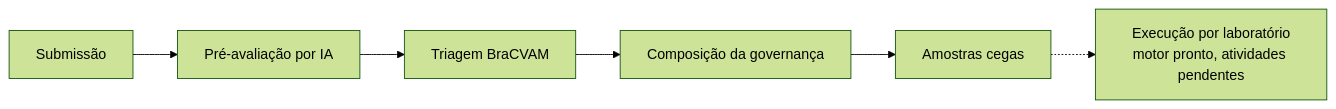
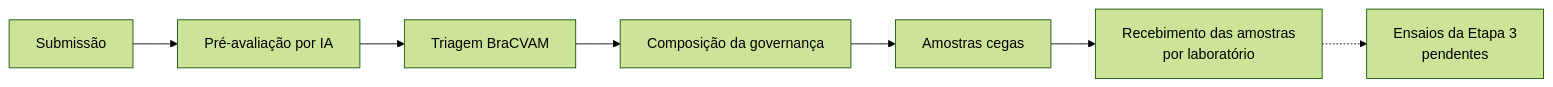
Before and after one commit to pivma-bracvam/pivma-back: the diagram in manual/index.md, drawn with Mermaid (forest theme). The commit also changed other lines of this file and 192 other files, not shown here.

````diff
--- a/manual/index.md
+++ b/manual/index.md
@@ -13,8 +23,9 @@
 ```mermaid
 flowchart LR
     S[Submissão] --> IA[Pré-avaliação por IA]
     IA --> T[Triagem BraCVAM]
     T --> G[Composição da governança]
     G --> A[Amostras cegas]
-    A -.-> E[Execução por laboratório<br/>motor pronto, atividades pendentes]
+    A --> R[Recebimento das amostras<br/>por laboratório]
+    R -.-> E[Ensaios da Etapa 3<br/>pendentes]
 ```
````
